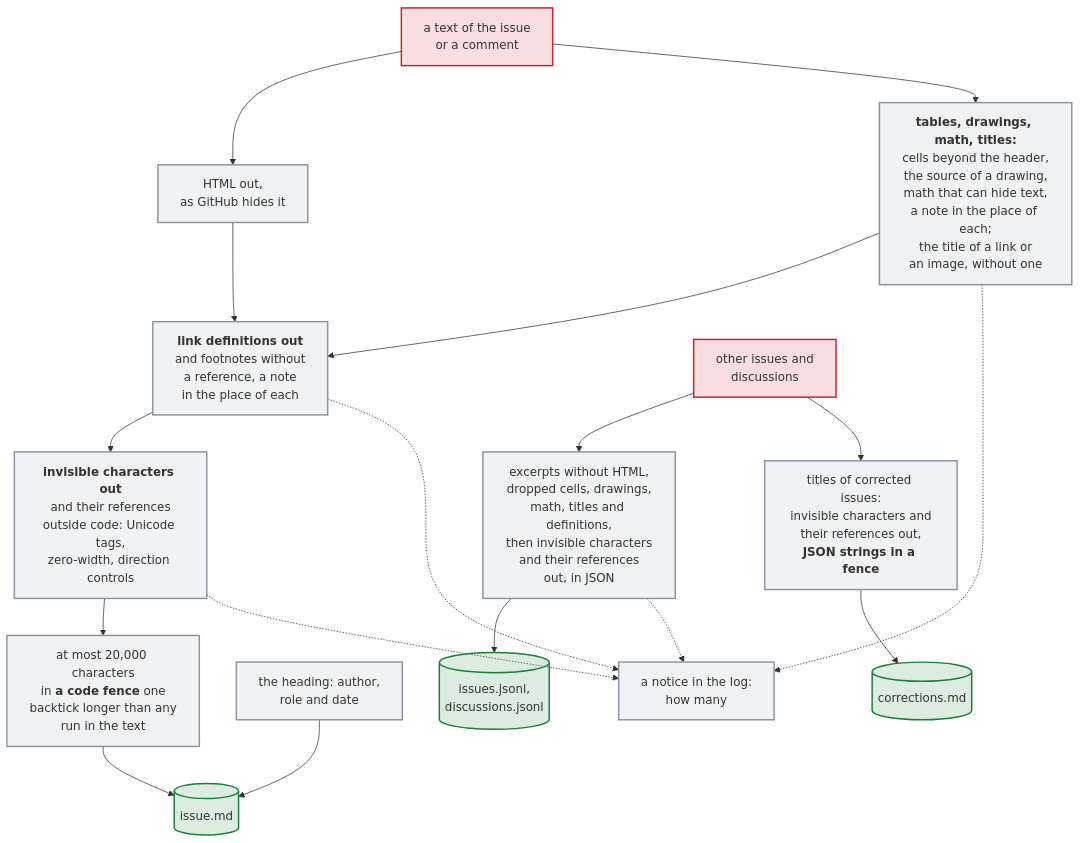
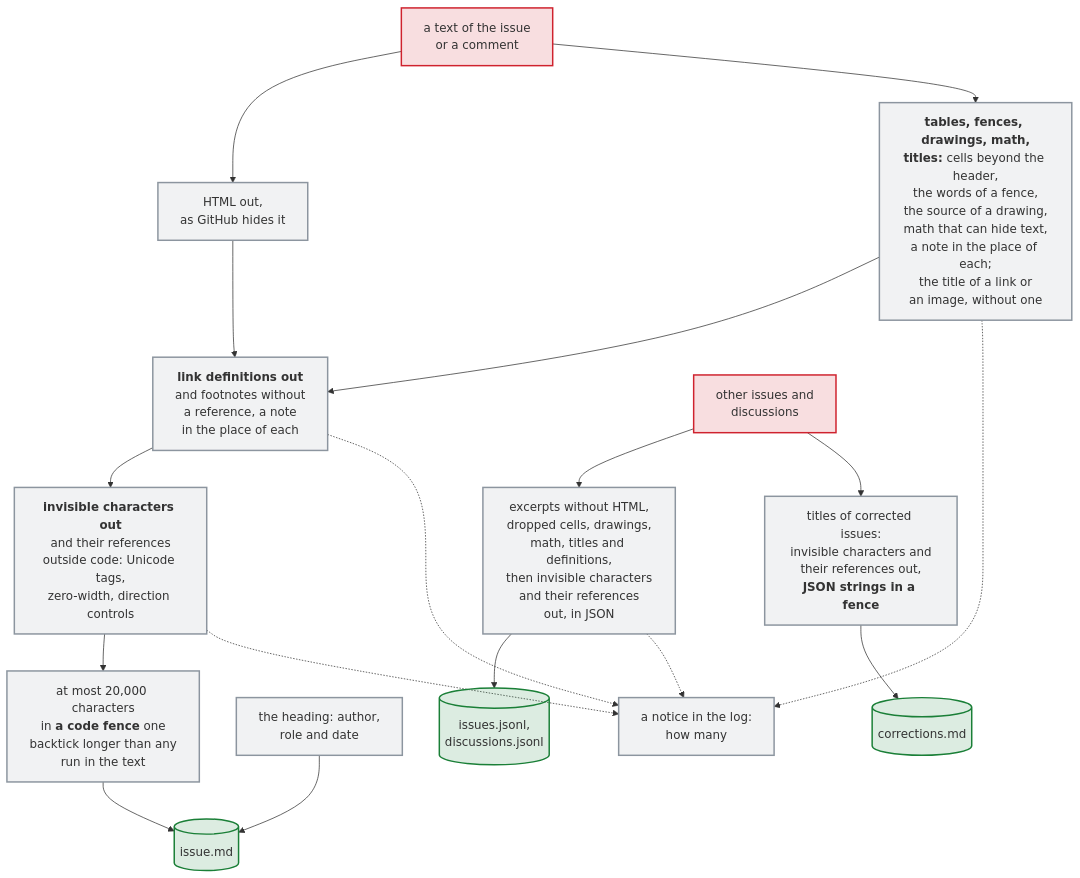
The diagram in docs/diagrams/how-the-text-of-an-issue-and-its-comments-reaches-the-ai.mmd (Dennis-Otto/issue-assistant), drawn with Mermaid before and after one commit. The commit also changed 20 other files, not shown here.

First line of the commit message:
fix(context): the AI no longer reads the words that GitHub hides on the row of a fence (#524)

```diff
--- a/docs/diagrams/how-the-text-of-an-issue-and-its-comments-reaches-the-ai.mmd
+++ b/docs/diagrams/how-the-text-of-an-issue-and-its-comments-reaches-the-ai.mmd
@@ -1,25 +1,25 @@
 flowchart TB
   accTitle: How the text of an issue and its comments reaches the AI
-  accDescr: Each text of the issue and its comments loses its HTML, as GitHub hides it, and what GitHub doesn't show of its tables, drawings and math, read from the same text: the cells beyond the header of a table, the source of a diagram, a map or a 3D model and math that can hide text, each with a note in its place, and the title of a link or an image, which the page shows only on hover, with nothing in its place. Then it loses its link reference definitions and footnotes without a reference, which GitHub shows as nothing as well, each with a note in its place, then the characters that GitHub shows as nothing and, outside code, their character references, which GitHub reads as the characters, and is cut off after 20,000 characters. In this order, no invisible character or reference can end an HTML comment that GitHub never ends. It goes into a code fence with one backtick more than its longest run of backticks, so that no line of the text can end it. The heading above the fence, which only the script writes, names the author, the role and the date. The other issues and discussions become excerpts without HTML, table cells, drawings, math, titles and definitions alike, lose their invisible characters and the references of them too and go into JSON. The titles of the issues that a maintainer corrected lose their invisible characters and the references of them as well and reach corrections.md as JSON strings in a code fence that no title can close. A notice in the log counts the definitions, the parts of tables, drawings and math, the titles and the characters that were removed.
+  accDescr: Each text of the issue and its comments loses its HTML, as GitHub hides it, and what GitHub doesn't show of its tables, fences, drawings and math, read from the same text: the cells beyond the header of a table, the words of the row that opens fenced code but a plain name of a language, the source of a diagram, a map or a 3D model and math that can hide text, each with a note in its place, and the title of a link or an image, which the page shows only on hover, with nothing in its place. Then it loses its link reference definitions and footnotes without a reference, which GitHub shows as nothing as well, each with a note in its place, then the characters that GitHub shows as nothing and, outside code, their character references, which GitHub reads as the characters, and is cut off after 20,000 characters. In this order, no invisible character or reference can end an HTML comment that GitHub never ends. It goes into a code fence with one backtick more than its longest run of backticks, so that no line of the text can end it. The heading above the fence, which only the script writes, names the author, the role and the date. The other issues and discussions become excerpts without HTML, table cells, drawings, math, titles and definitions alike, lose their invisible characters and the references of them too and go into JSON. The titles of the issues that a maintainer corrected lose their invisible characters and the references of them as well and reach corrections.md as JSON strings in a code fence that no title can close. A notice in the log counts the definitions, the parts of tables, drawings and math, the titles and the characters that were removed.
   text["a text of the issue<br>or a comment"] --> html["HTML out,<br>as GitHub hides it"]
-  text --> structures["`**tables, drawings, math, titles:**<br>cells beyond the header,<br>the source of a drawing,<br>math that can hide text,<br>a note in the place of each;<br>the title of a link or<br>an image, without one`"]
+  text --> structures["`**tables, fences, drawings, math,<br>titles:** cells beyond the header,<br>the words of a fence,<br>the source of a drawing,<br>math that can hide text,<br>a note in the place of each;<br>the title of a link or<br>an image, without one`"]
   structures --> definitions
   html --> definitions["`**link definitions out**<br>and footnotes without<br>a reference, a note<br>in the place of each`"]
   definitions --> invisible["`**invisible characters out**<br>and their references<br>outside code: Unicode tags,<br>zero-width, direction controls`"]
   invisible --> fence["`at most 20,000 characters<br>in **a code fence** one<br>backtick longer than any<br>run in the text`"]
   heading["the heading: author,<br>role and date"] --> issue[("issue.md")]
   fence --> issue
   others["other issues and<br>discussions"] --> excerpts["excerpts without HTML,<br>dropped cells, drawings,<br>math, titles and definitions,<br>then invisible characters<br>and their references<br>out, in JSON"]
   excerpts --> jsonl[("issues.jsonl,<br>discussions.jsonl")]
   others --> titles["`titles of corrected issues:<br>invisible characters and<br>their references out,<br>**JSON strings in a fence**`"]
   titles --> corrections[("corrections.md")]
   structures -.-> notice
   definitions -.-> notice["a notice in the log:<br>how many"]
   invisible -.-> notice
   excerpts -.-> notice
   classDef untrusted fill:#cf222e26,stroke:#cf222e,stroke-width:2px
   classDef job fill:#8c959f1f,stroke:#8c959f,stroke-width:2px
   classDef safe fill:#1a7f3726,stroke:#1a7f37,stroke-width:2px
   class text,others untrusted
   class invisible,html,structures,definitions,fence,heading,excerpts,titles,notice job
   class issue,jsonl,corrections safe
```
